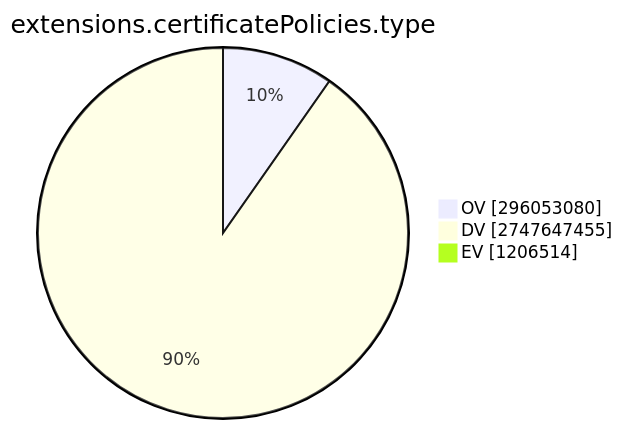
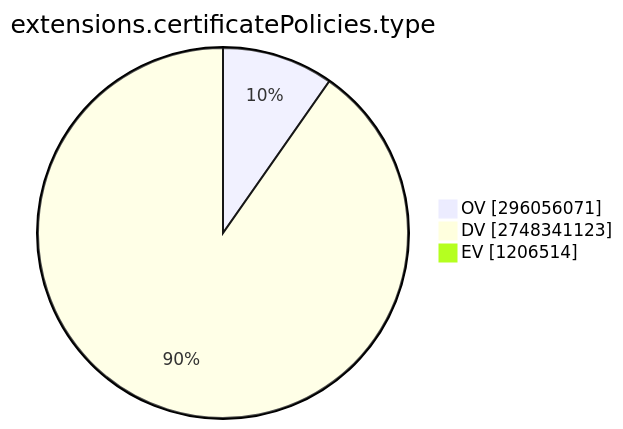
One commit to christiankrug/ctmonitor_visualization changed the ninth of 15 diagrams in TOTAL/README.md. Above: the diagram before and after it, drawn with Mermaid. The commit also changed other lines of this file, not shown here.

````diff
--- a/TOTAL/README.md
+++ b/TOTAL/README.md
@@ -3098,7 +3098,7 @@
 ```mermaid
 pie showData
 title extensions.certificatePolicies.type
-"OV" :296053080
-"DV" :2747647455
+"OV" :296056071
+"DV" :2748341123
 "EV" :1206514
 ```
````
